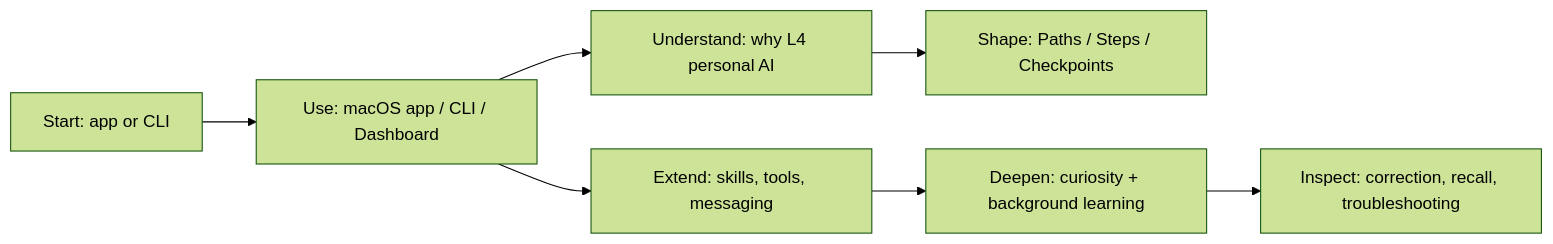
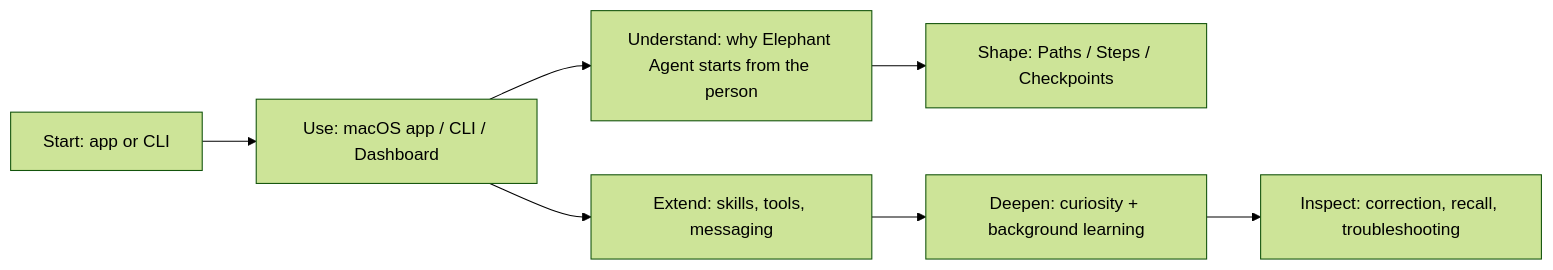
Before and after one commit to agentic-in/elephant-agent: the diagram in apps/site/docs/intro.md, drawn with Mermaid (forest theme). The commit also changed other lines of this file and 76 other files, not shown here.

````diff
--- a/apps/site/docs/intro.md
+++ b/apps/site/docs/intro.md
@@ -61,9 +62,9 @@
 ```mermaid
 flowchart LR
   start["Start: app or CLI"] --> surfaces["Use: macOS app / CLI / Dashboard"]
-  surfaces --> thesis["Understand: why L4 personal AI"]
+  surfaces --> thesis["Understand: why Elephant Agent starts from the person"]
   thesis --> paths["Shape: Paths / Steps / Checkpoints"]
   surfaces --> capacity["Extend: skills, tools, messaging"]
   capacity --> learning["Deepen: curiosity + background learning"]
   learning --> inspect["Inspect: correction, recall, troubleshooting"]
 ```
````
